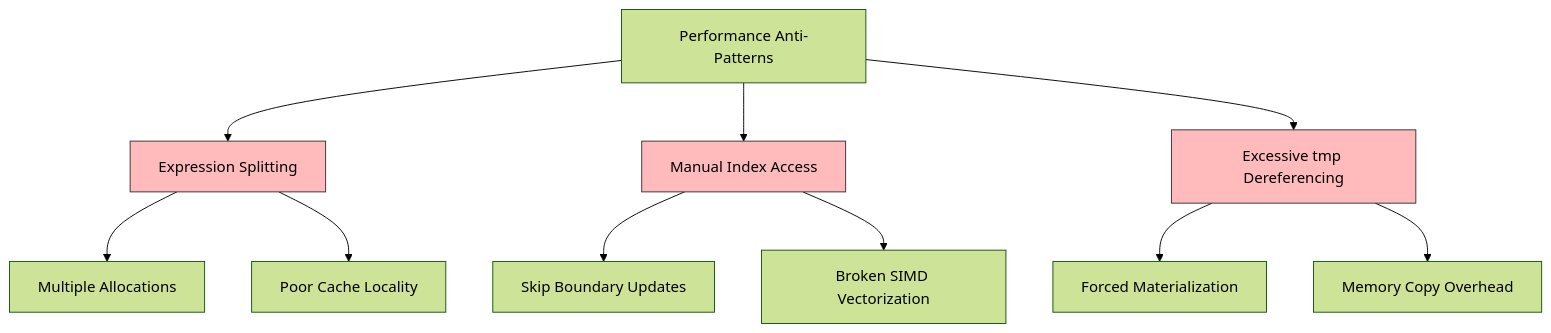
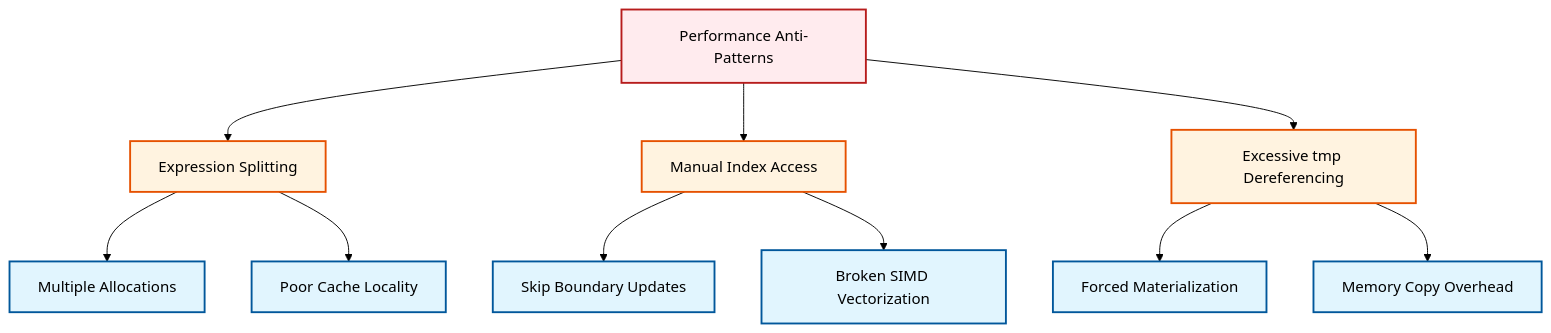
Before and after one commit to wramet/build-my-cfd: the diagram in MODULE_09_ADVANCED_TOPICS/CONTENT/05_PERFORMANCE_OPTIMIZATION/06_Common_Errors_and_Debugging.md, drawn with Mermaid (forest theme). The commit also changed 313 other files, not shown here.

Commit message:
Revise all diagram

````diff
--- a/MODULE_09_ADVANCED_TOPICS/CONTENT/05_PERFORMANCE_OPTIMIZATION/06_Common_Errors_and_Debugging.md
+++ b/MODULE_09_ADVANCED_TOPICS/CONTENT/05_PERFORMANCE_OPTIMIZATION/06_Common_Errors_and_Debugging.md
@@ -12,19 +12,18 @@
 ```mermaid
 graph TD
-    A[Performance Anti-Patterns] --> B[Expression Splitting]
-    A --> C[Manual Index Access]
-    A --> D[Excessive tmp Dereferencing]
+classDef implicit fill:#e1f5fe,stroke:#01579b,stroke-width:2px
+classDef explicit fill:#ffebee,stroke:#b71c1c,stroke-width:2px
+classDef warning fill:#fff3e0,stroke:#e65100,stroke-width:2px
+A[Performance Anti-Patterns]:::explicit --> B[Expression Splitting]:::warning
+A --> C[Manual Index Access]:::warning
+A --> D[Excessive tmp Dereferencing]:::warning
 
-    B --> B1[Multiple Allocations]
-    B --> B2[Poor Cache Locality]
+B --> B1[Multiple Allocations]:::implicit
+B --> B2[Poor Cache Locality]:::implicit
 
-    C --> C1[Skip Boundary Updates]
-    C --> C2[Broken SIMD Vectorization]
+C --> C1[Skip Boundary Updates]:::implicit
+C --> C2[Broken SIMD Vectorization]:::implicit
 
-    D --> D1[Forced Materialization]
-    D --> D2[Memory Copy Overhead]
-
-    style B fill:#fbb,stroke:#333
-    style C fill:#fbb,stroke:#333
-    style D fill:#fbb,stroke:#333
+D --> D1[Forced Materialization]:::implicit
+D --> D2[Memory Copy Overhead]:::implicit
 ```
````
